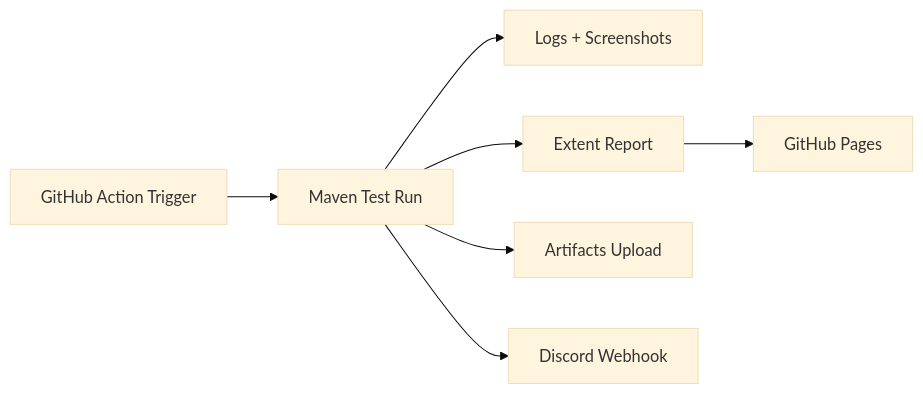
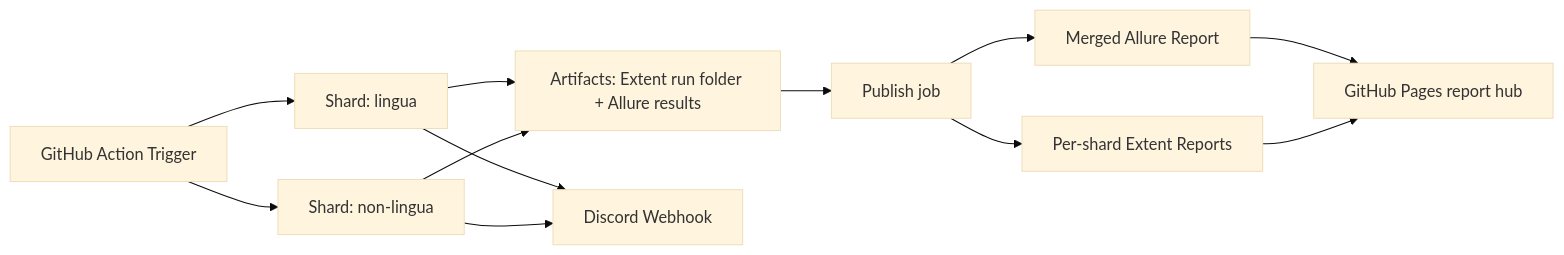
The third of 3 diagrams in readme.md (sagarjhathi/youtube-multi-lang-ui-validator-automation), drawn with Mermaid (base theme) before and after one commit. The commit also changed other lines of this file, not shown here.

````diff
--- a/readme.md
+++ b/readme.md
@@ -251,9 +262,14 @@
 ```mermaid
 flowchart LR
-    A[GitHub Action Trigger] --> B[Maven Test Run]
-    B --> C[Logs + Screenshots]
-    B --> D[Extent Report]
-    D --> E[GitHub Pages]
-    B --> F[Artifacts Upload]
-    B --> G[Discord Webhook]
+    A[GitHub Action Trigger] --> B1[Shard: lingua]
+    A --> B2[Shard: non-lingua]
+    B1 --> C[Artifacts: Extent run folder + Allure results]
+    B2 --> C
+    B1 --> G[Discord Webhook]
+    B2 --> G
+    C --> P[Publish job]
+    P --> M[Merged Allure Report]
+    P --> D[Per-shard Extent Reports]
+    M --> E[GitHub Pages report hub]
+    D --> E
 ```
````
